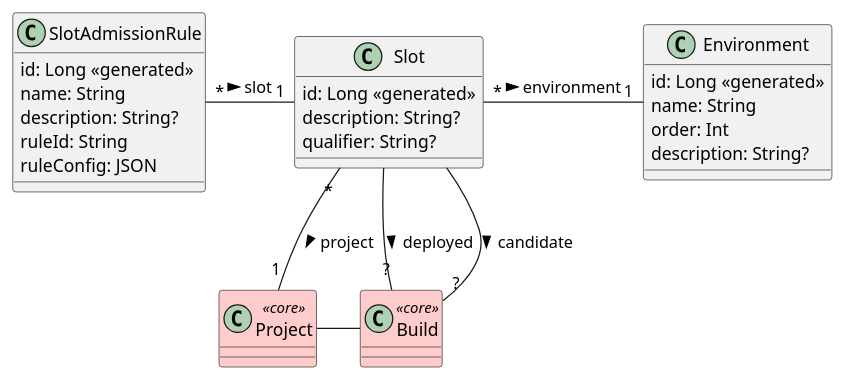
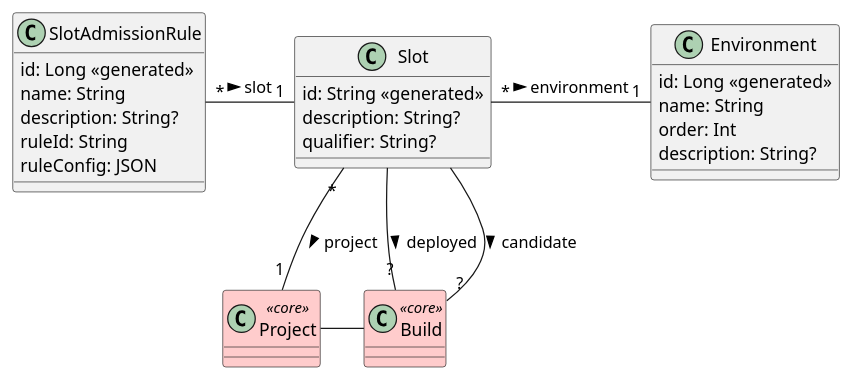
The diagram in ontrack-extension-environments/docs/model.puml (nemerosa/ontrack), drawn with PlantUML before and after one commit. The commit also changed 8 other files, not shown here.

```diff
--- a/ontrack-extension-environments/docs/model.puml
+++ b/ontrack-extension-environments/docs/model.puml
@@ -1,36 +1,36 @@
 @startuml
 
 class Environment {
     id: Long <<generated>>
     name: String
     order: Int
     description: String?
 }
 
 class Slot {
-    id: Long <<generated>>
+    id: String <<generated>>
     description: String?
     qualifier: String?
 }
 
 class SlotAdmissionRule {
     id: Long <<generated>>
     name: String
     description: String?
     ruleId: String
     ruleConfig: JSON
 }
 
 class Project <<core>> #FCC
 class Build <<core>> #FCC
 
 Slot "*" - "1" Environment: environment >
 Slot "*" -down- "1" Project: project >
 Slot - "?" Build: deployed >
 Slot - "?" Build: candidate >
 
 SlotAdmissionRule "*" - "1" Slot: slot >
 
 Project - Build
 
 @enduml
```
